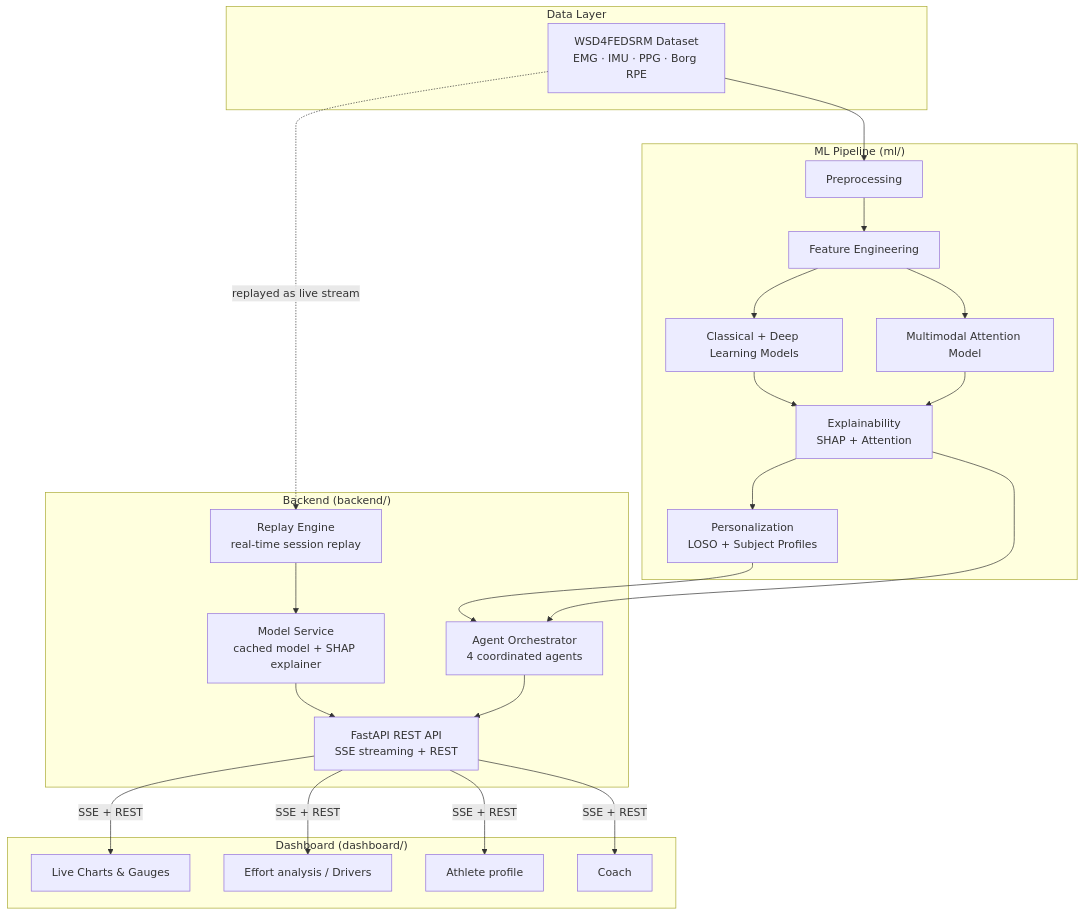
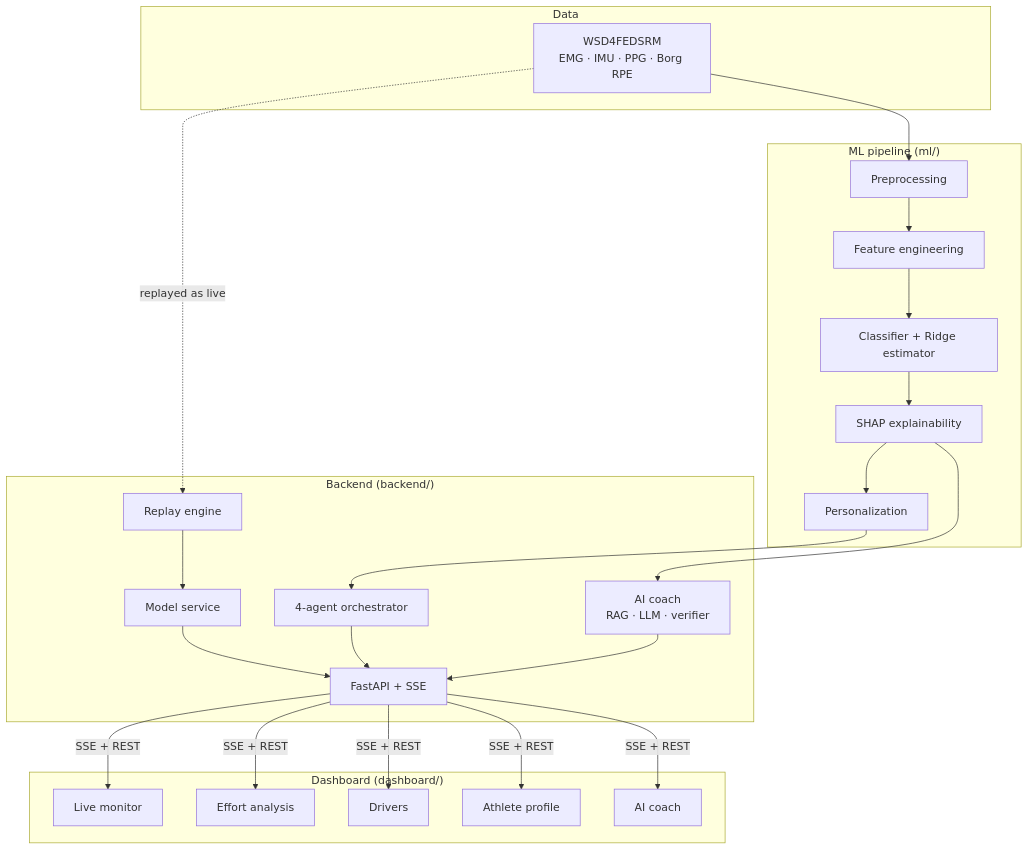
One commit to Sangamithraa077/Agentic-Fatigue-Fingerprinting changed the second of 2 diagrams in README.md. Above: the diagram before and after it, drawn with Mermaid. The commit also changed other lines of this file, not shown here.

Commit message:
docs: rewrite README with tech stack, what's new and AI coach overview

````diff
--- a/README.md
+++ b/README.md
@@ -96,39 +215,25 @@
 ```mermaid
 flowchart TD
-    subgraph Data["Data Layer"]
-        A[WSD4FEDSRM Dataset<br/>EMG · IMU · PPG · Borg RPE]
+    subgraph Data["Data"]
+        A[WSD4FEDSRM<br/>EMG · IMU · PPG · Borg RPE]
     end
-
-    subgraph ML["ML Pipeline (ml/)"]
-        B[Preprocessing]
-        C[Feature Engineering]
-        D[Classical + Deep Learning Models]
-        E[Multimodal Attention Model]
-        F[Explainability<br/>SHAP + Attention]
-        G[Personalization<br/>LOSO + Subject Profiles]
+    subgraph ML["ML pipeline (ml/)"]
+        B[Preprocessing] --> C[Feature engineering] --> D[Classifier + Ridge estimator]
+        D --> F[SHAP explainability] --> G[Personalization]
     end
-
     subgraph Backend["Backend (backend/)"]
-        H[Replay Engine<br/>real-time session replay]
-        I[Model Service<br/>cached model + SHAP explainer]
-        J[Agent Orchestrator<br/>4 coordinated agents]
-        K[FastAPI REST API<br/>SSE streaming + REST]
+        H[Replay engine] --> I[Model service]
+        J[4-agent orchestrator]
+        K[FastAPI + SSE]
+        R[AI coach<br/>RAG · LLM · verifier]
     end
-
     subgraph Frontend["Dashboard (dashboard/)"]
-        L[Live Charts & Gauges]
-        M[Effort analysis / Drivers]
-        N[Athlete profile]
-        O[Coach]
+        L[Live monitor] & M[Effort analysis] & N[Drivers] & O[Athlete profile] & P[AI coach]
     end
-
-    A --> B --> C --> D --> F
-    C --> E --> F
-    F --> G
-    A -.->|replayed as live stream| H
-    H --> I --> K
-    G --> J
-    F --> J
-    J --> K
-    K -->|SSE + REST| L & M & N & O
+    A --> B
+    A -.replayed as live.-> H
+    I --> K
+    G --> J --> K
+    F --> R --> K
+    K -->|SSE + REST| L & M & N & O & P
 ```
````
